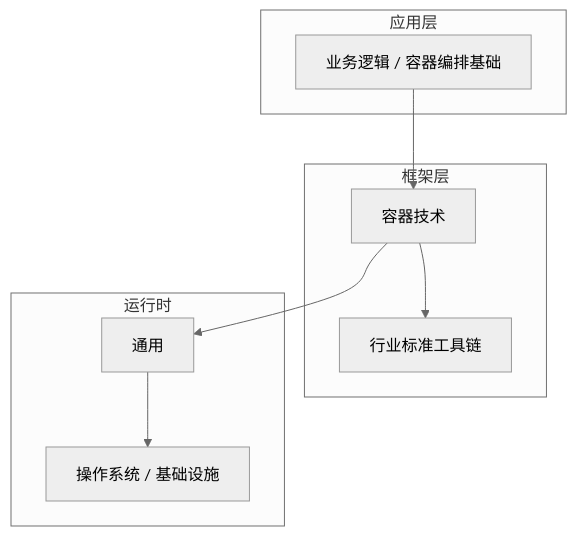
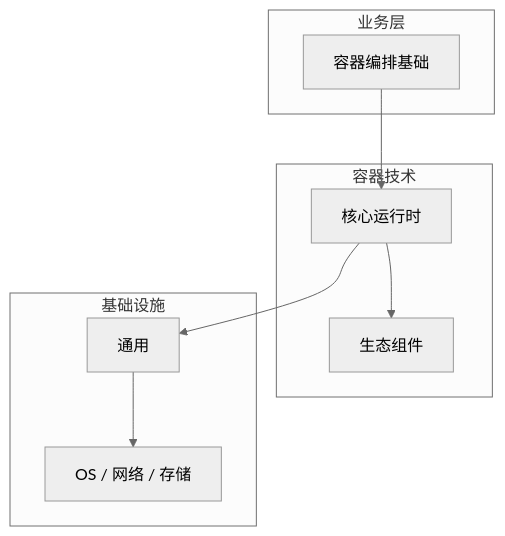
The diagram in articles/容器技术/chapters/091-容器编排基础核心概念与原理.md (yanggan2015/knowledge-json-v2), drawn with Mermaid (neutral theme) before and after one commit. The commit also changed other lines of this file and 10127 other files, not shown here.

````diff
--- a/articles/容器技术/chapters/091-容器编排基础核心概念与原理.md
+++ b/articles/容器技术/chapters/091-容器编排基础核心概念与原理.md
@@ -45,18 +34,18 @@
 ```mermaid
 graph TB
-    subgraph 应用层
-        A[业务逻辑 / 容器编排基础]
+    subgraph 业务层
+        A[容器编排基础]
     end
-    subgraph 框架层
-        B[容器技术]
-        C[行业标准工具链]
+    subgraph 容器技术
+        B[核心运行时]
+        C[生态组件]
     end
-    subgraph 运行时
+    subgraph 基础设施
         D[通用]
-        E[操作系统 / 基础设施]
+        E[OS / 网络 / 存储]
     end
     A --> B
     B --> C
     B --> D
     D --> E
 ```
````
